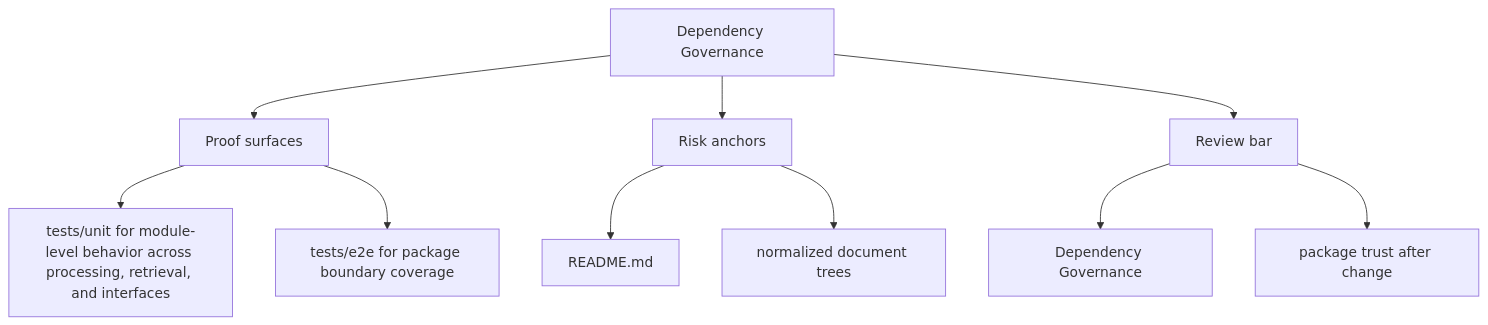
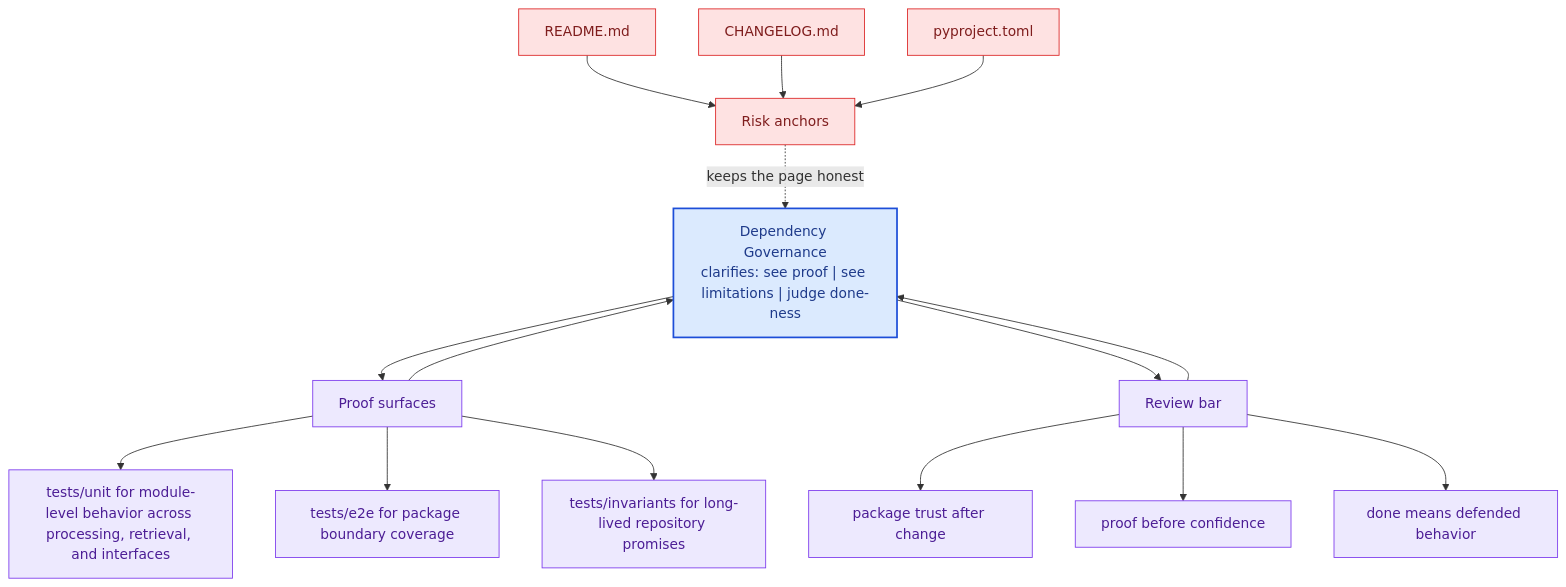
One commit to bijux/bijux-canon changed the second of 2 diagrams in docs/bijux-canon-ingest/quality/dependency-governance.md. Above: the diagram before and after it, drawn with Mermaid. The commit also changed other lines of this file and 281 other files, not shown here.

Commit message:
docs(diagrams): deepen handbook mermaid maps across the catalog

````diff
--- a/docs/bijux-canon-ingest/quality/dependency-governance.md
+++ b/docs/bijux-canon-ingest/quality/dependency-governance.md
@@ -35,22 +68,41 @@
 ```mermaid
-flowchart TD
-    page["Dependency Governance"]
+flowchart TB
+    promise["Dependency Governance<br/>clarifies: see proof | see limitations | judge done-ness"]
+    classDef promise fill:#dbeafe,stroke:#1d4ed8,color:#1e3a8a,stroke-width:2px;
+    classDef driver fill:#dcfce7,stroke:#16a34a,color:#14532d;
+    classDef constraint fill:#fee2e2,stroke:#dc2626,color:#7f1d1d;
+    classDef ground fill:#ede9fe,stroke:#7c3aed,color:#4c1d95;
     focus1["Proof surfaces"]
-    page --> focus1
+    focus1 --> promise
+    promise --> focus1
     focus1_1["tests/unit for module-level behavior across processing, retrieval, and interfaces"]
     focus1 --> focus1_1
     focus1_2["tests/e2e for package boundary coverage"]
     focus1 --> focus1_2
+    focus1_3["tests/invariants for long-lived repository promises"]
+    focus1 --> focus1_3
+    class focus1 ground;
+    class focus1_1,focus1_2,focus1_3 ground;
     focus2["Risk anchors"]
-    page --> focus2
+    focus2 -.keeps the page honest.-> promise
     focus2_1["README.md"]
-    focus2 --> focus2_1
-    focus2_2["normalized document trees"]
-    focus2 --> focus2_2
+    focus2_1 --> focus2
+    focus2_2["CHANGELOG.md"]
+    focus2_2 --> focus2
+    focus2_3["pyproject.toml"]
+    focus2_3 --> focus2
+    class focus2 constraint;
+    class focus2_1,focus2_2,focus2_3 constraint;
     focus3["Review bar"]
-    page --> focus3
-    focus3_1["Dependency Governance"]
+    focus3 --> promise
+    promise --> focus3
+    focus3_1["package trust after change"]
     focus3 --> focus3_1
-    focus3_2["package trust after change"]
+    focus3_2["proof before confidence"]
     focus3 --> focus3_2
+    focus3_3["done means defended behavior"]
+    focus3 --> focus3_3
+    class focus3 ground;
+    class focus3_1,focus3_2,focus3_3 ground;
+    class promise promise;
 ```
````
